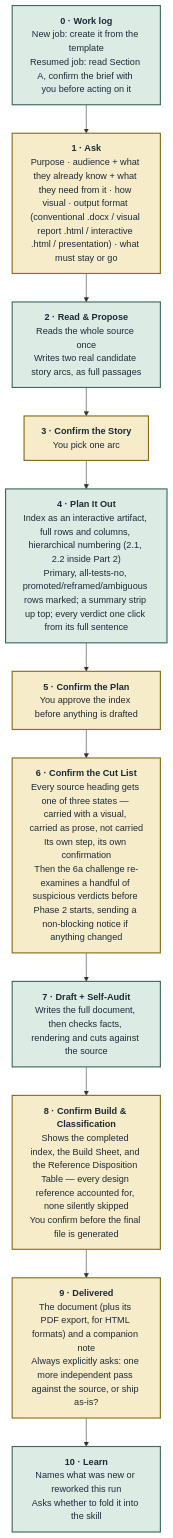
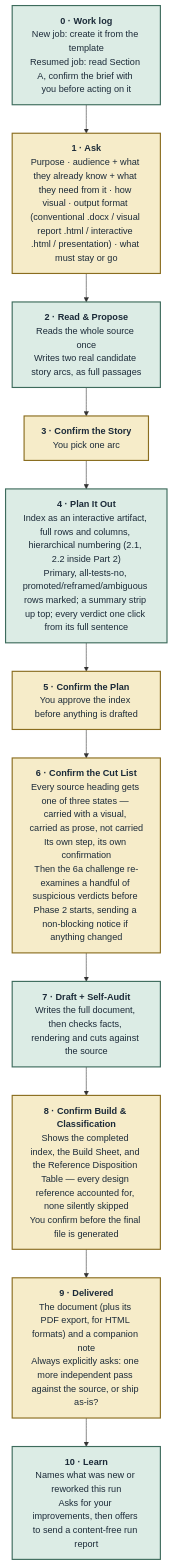
One commit to virapandy/reconstruction-and-visualisation-skill changed the diagram in README.md. Above: the diagram before and after it, drawn with Mermaid. The commit also changed other lines of this file, not shown here.

Commit message:
README: Learn step matches current Phase 3

````diff
--- a/README.md
+++ b/README.md
@@ -59,19 +59,19 @@
 ```mermaid
 flowchart TD
     S0["<b>0 · Work log</b><br/>New job: create it from the template<br/>Resumed job: read Section A, confirm the brief with you before acting on it"]:::claude
     S1["<b>1 · Ask</b><br/>Purpose · audience + what they already know + what they need from it · how visual · output format (conventional .docx / visual report .html / interactive .html / presentation) · what must stay or go"]:::you
     S2["<b>2 · Read &amp; Propose</b><br/>Reads the whole source once<br/>Writes two real candidate story arcs, as full passages"]:::claude
     S3["<b>3 · Confirm the Story</b><br/>You pick one arc"]:::you
     S4["<b>4 · Plan It Out</b><br/>Index as an interactive artifact, full rows and columns, hierarchical numbering (2.1, 2.2 inside Part 2)<br/>Primary, all-tests-no, promoted/reframed/ambiguous rows marked; a summary strip up top; every verdict one click from its full sentence"]:::claude
     S5["<b>5 · Confirm the Plan</b><br/>You approve the index before anything is drafted"]:::you
     S6["<b>6 · Confirm the Cut List</b><br/>Every source heading gets one of three states — carried with a visual, carried as prose, not carried<br/>Its own step, its own confirmation<br/>Then the 6a challenge re-examines a handful of suspicious verdicts before Phase 2 starts, sending a non-blocking notice if anything changed"]:::you
     S7["<b>7 · Draft + Self-Audit</b><br/>Writes the full document, then checks facts, rendering and cuts against the source"]:::claude
     S8["<b>8 · Confirm Build &amp; Classification</b><br/>Shows the completed index, the Build Sheet, and the Reference Disposition Table — every design reference accounted for, none silently skipped<br/>You confirm before the final file is generated"]:::you
     S9["<b>9 · Delivered</b><br/>The document (plus its PDF export, for HTML formats) and a companion note<br/>Always explicitly asks: one more independent pass against the source, or ship as-is?"]:::you
-    S10["<b>10 · Learn</b><br/>Names what was new or reworked this run<br/>Asks whether to fold it into the skill"]:::claude
+    S10["<b>10 · Learn</b><br/>Names what was new or reworked this run<br/>Asks for your improvements, then offers to send a content-free run report"]:::claude
 
     S0 --> S1 --> S2 --> S3 --> S4 --> S5 --> S6 --> S7 --> S8 --> S9 --> S10
 
     classDef you fill:#f6ecc9,stroke:#8a6d1f,stroke-width:2px,color:#1c2b39
     classDef claude fill:#dcece5,stroke:#3d6b5c,stroke-width:2px,color:#1c2b39
 ```
````
